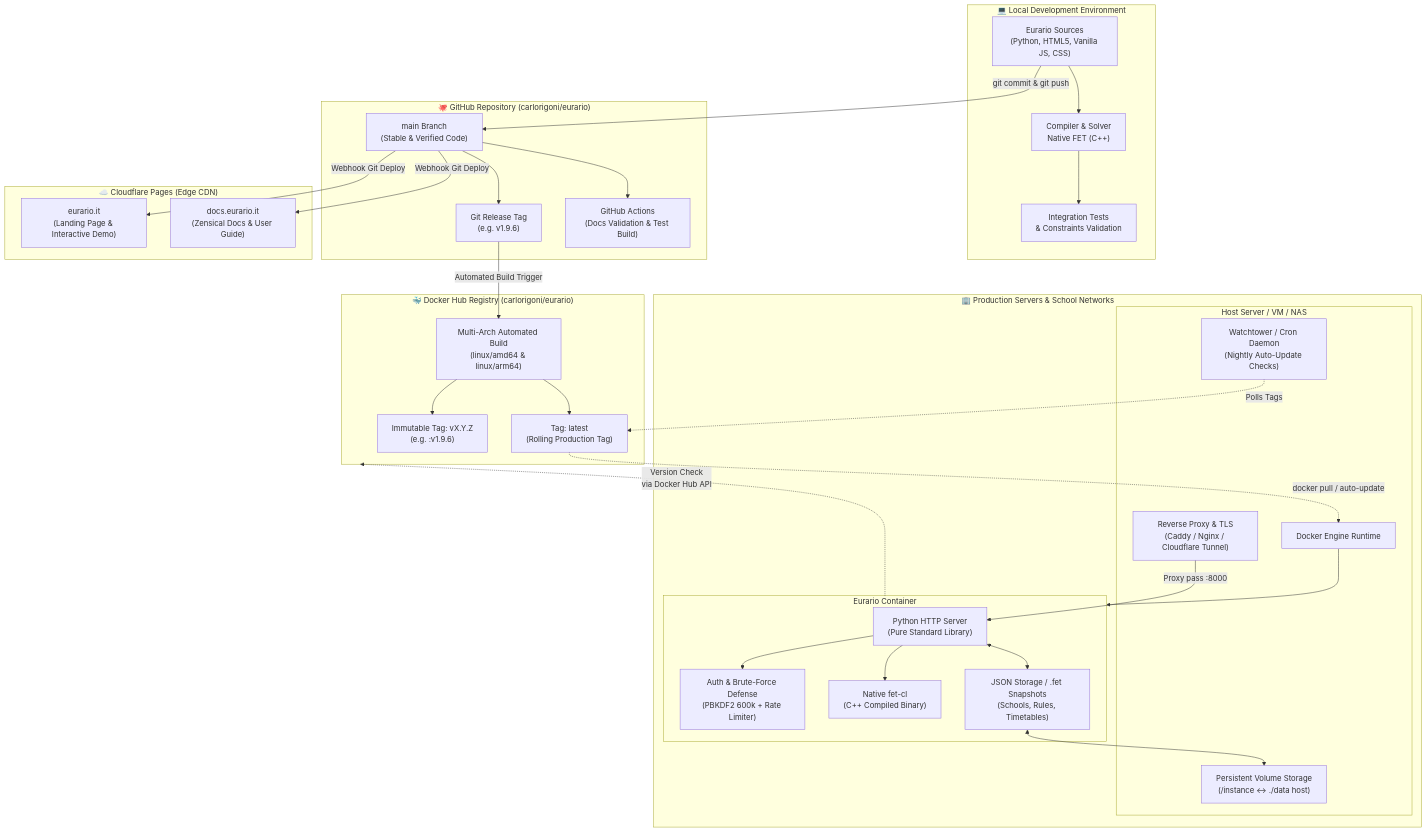
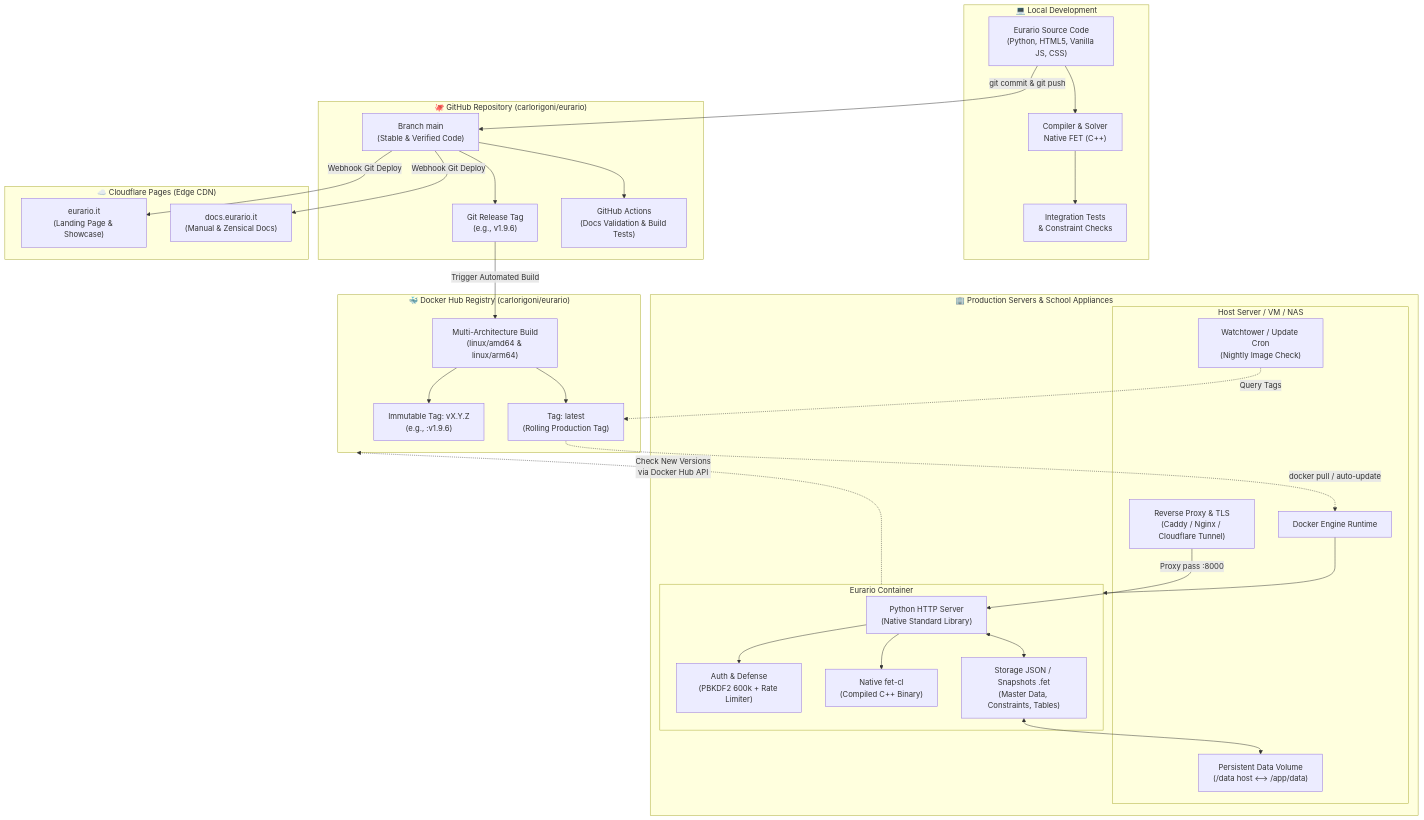
One commit to carlorigoni/eurario changed the first of 4 diagrams in docs/en/architecture.md. Above: the diagram before and after it, drawn with Mermaid. The commit also changed other lines of this file and 13 other files, not shown here.

````diff
--- a/docs/en/architecture.md
+++ b/docs/en/architecture.md
@@ -18,63 +16,63 @@
 ```mermaid
 flowchart TD
-    subgraph LocalDev["💻 Local Development Environment"]
-        DevFiles["Eurario Sources\n(Python, HTML5, Vanilla JS, CSS)"]
+    subgraph LocalDev["💻 Local Development"]
+        DevFiles["Eurario Source Code\n(Python, HTML5, Vanilla JS, CSS)"]
         LocalFET["Compiler & Solver\nNative FET (C++)"]
-        LocalTest["Integration Tests\n& Constraints Validation"]
+        LocalTest["Integration Tests\n& Constraint Checks"]
         DevFiles --> LocalFET
         LocalFET --> LocalTest
     end
 
     subgraph GitHubRepo["🐙 GitHub Repository (carlorigoni/eurario)"]
-        MainBranch["main Branch\n(Stable & Verified Code)"]
-        GitTag["Git Release Tag\n(e.g. v1.9.6)"]
-        GHActions["GitHub Actions\n(Docs Validation & Test Build)"]
+        MainBranch["Branch main\n(Stable & Verified Code)"]
+        GitTag["Git Release Tag\n(e.g., v1.9.6)"]
+        GHActions["GitHub Actions\n(Docs Validation & Build Tests)"]
         MainBranch --> GitTag
         MainBranch --> GHActions
     end
 
     subgraph CDNPipeline["☁️ Cloudflare Pages (Edge CDN)"]
-        CF_Landing["eurario.it\n(Landing Page & Interactive Demo)"]
-        CF_Docs["docs.eurario.it\n(Zensical Docs & User Guide)"]
+        CF_Landing["eurario.it\n(Landing Page & Showcase)"]
+        CF_Docs["docs.eurario.it\n(Manual & Zensical Docs)"]
     end
 
     subgraph ContainerRegistry["🐳 Docker Hub Registry (carlorigoni/eurario)"]
-        MultiArchBuild["Multi-Arch Automated Build\n(linux/amd64 & linux/arm64)"]
+        MultiArchBuild["Multi-Architecture Build\n(linux/amd64 & linux/arm64)"]
         TagLatest["Tag: latest\n(Rolling Production Tag)"]
-        TagVersion["Immutable Tag: vX.Y.Z\n(e.g. :v1.9.6)"]
+        TagVersion["Immutable Tag: vX.Y.Z\n(e.g., :v1.9.6)"]
         MultiArchBuild --> TagLatest
         MultiArchBuild --> TagVersion
     end
 
-    subgraph ProductionEnv["🏢 Production Servers & School Networks"]
+    subgraph ProductionEnv["🏢 Production Servers & School Appliances"]
         subgraph ServerHost["Host Server / VM / NAS"]
             ReverseProxy["Reverse Proxy & TLS\n(Caddy / Nginx / Cloudflare Tunnel)"]
             DockerEngine["Docker Engine Runtime"]
-            Watchtower["Watchtower / Cron Daemon\n(Nightly Auto-Update Checks)"]
-            PersistentVol["Persistent Volume Storage\n(/instance <-> ./data host)"]
+            Watchtower["Watchtower / Update Cron\n(Nightly Image Check)"]
+            PersistentVol["Persistent Data Volume\n(/data host <--> /app/data)"]
         end
         subgraph ContainerApp["Eurario Container"]
-            PyServer["Python HTTP Server\n(Pure Standard Library)"]
-            AuthEngine["Auth & Brute-Force Defense\n(PBKDF2 600k + Rate Limiter)"]
-            FETExec["Native fet-cl\n(C++ Compiled Binary)"]
-            LocalData["JSON Storage / .fet Snapshots\n(Schools, Rules, Timetables)"]
+            PyServer["Python HTTP Server\n(Native Standard Library)"]
+            AuthEngine["Auth & Defense\n(PBKDF2 600k + Rate Limiter)"]
+            FETExec["Native fet-cl\n(Compiled C++ Binary)"]
+            LocalData["Storage JSON / Snapshots .fet\n(Master Data, Constraints, Tables)"]
         end
     end
 
-    %% Environment Relationships
+    %% Environment relationships
     DevFiles -->|"git commit & git push"| MainBranch
-    GitTag -->|"Automated Build Trigger"| MultiArchBuild
+    GitTag -->|"Trigger Automated Build"| MultiArchBuild
     MainBranch -->|"Webhook Git Deploy"| CF_Landing
     MainBranch -->|"Webhook Git Deploy"| CF_Docs
 
     TagLatest -.->|"docker pull / auto-update"| DockerEngine
     DockerEngine --> ContainerApp
     ReverseProxy -->|"Proxy pass :8000"| PyServer
     PyServer --> AuthEngine
     PyServer --> FETExec
     PyServer <--> LocalData
     LocalData <--> PersistentVol
-    Watchtower -.->|"Polls Tags"| TagLatest
+    Watchtower -.->|"Query Tags"| TagLatest
 
-    ContainerApp -.->|"Version Check\nvia Docker Hub API"| ContainerRegistry
+    ContainerApp -.->|"Check New Versions\nvia Docker Hub API"| ContainerRegistry
 ```
````
